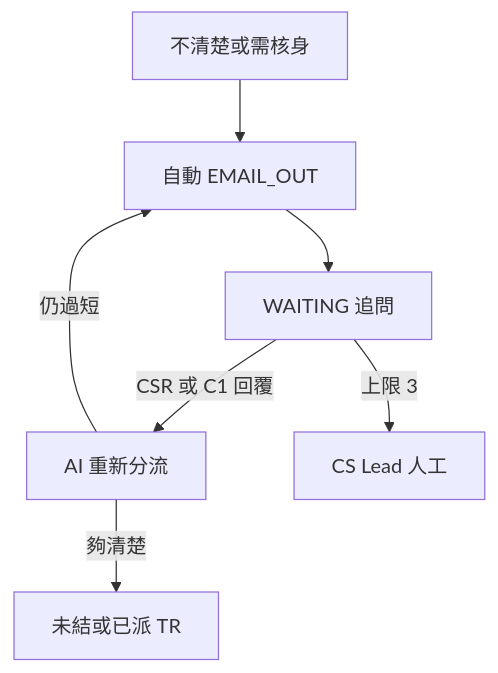
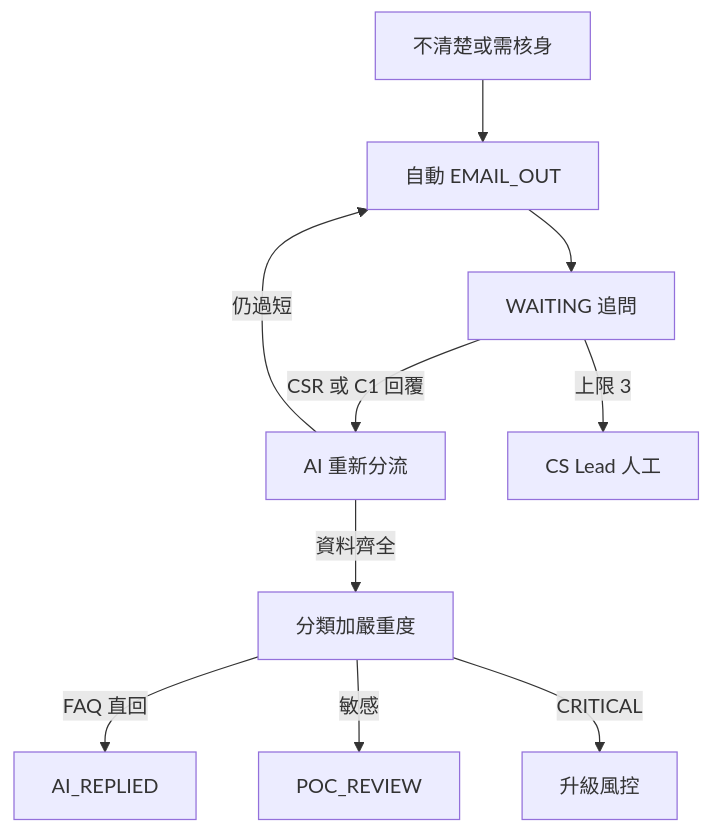
One commit to hxyan2020/PRD changed diagram 11 of 15 in platform/docs/USER_GUIDE.zh-Hant.md. Above: the diagram before and after it, drawn with Mermaid. The commit also changed other lines of this file and 39 other files, not shown here.

First line of the commit message:
Add CS/TR categorize, severity, AI solution and POC review after collected facts.

````diff
--- a/platform/docs/USER_GUIDE.zh-Hant.md
+++ b/platform/docs/USER_GUIDE.zh-Hant.md
@@ -604,9 +604,12 @@
 ```mermaid
 graph TD
   Thin[不清楚或需核身] --> Mail[自動 EMAIL_OUT]
   Mail --> Wait[WAITING 追問]
   Wait -->|CSR 或 C1 回覆| Again[AI 重新分流]
   Wait -->|上限 3| Lead[CS Lead 人工]
   Again -->|仍過短| Mail
-  Again -->|夠清楚| Open[未結或已派 TR]
+  Again -->|資料齊全| Analyze[分類加嚴重度]
+  Analyze -->|FAQ 直回| Replied[AI_REPLIED]
+  Analyze -->|敏感| Poc[POC_REVIEW]
+  Analyze -->|CRITICAL| Risk[升級風控]
 ```
````
